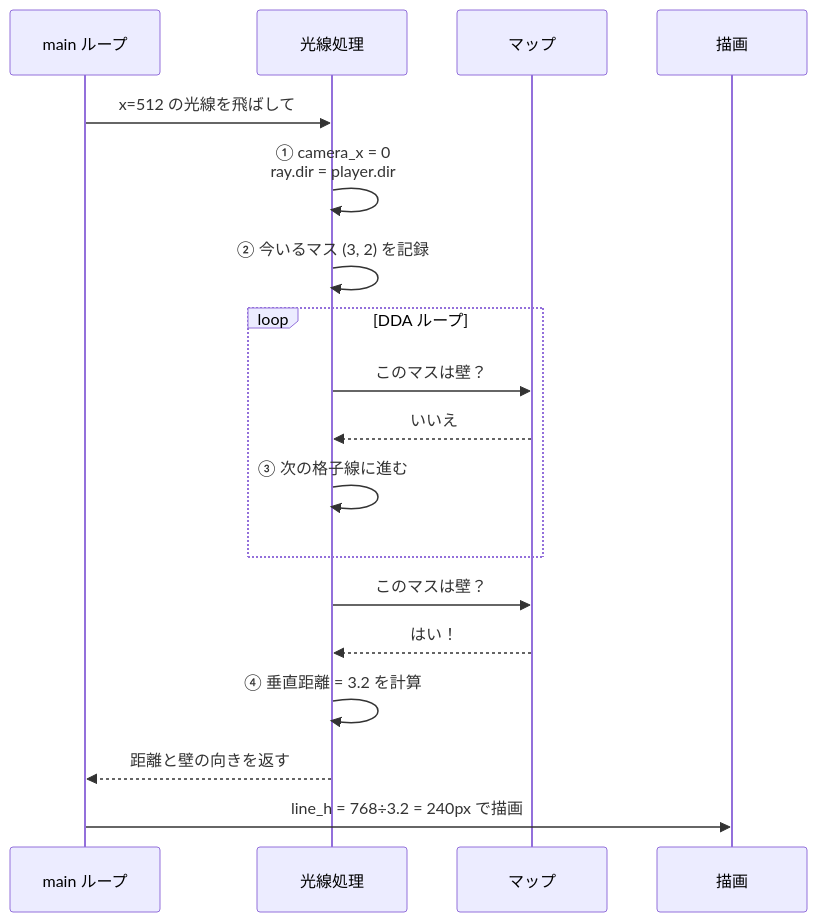
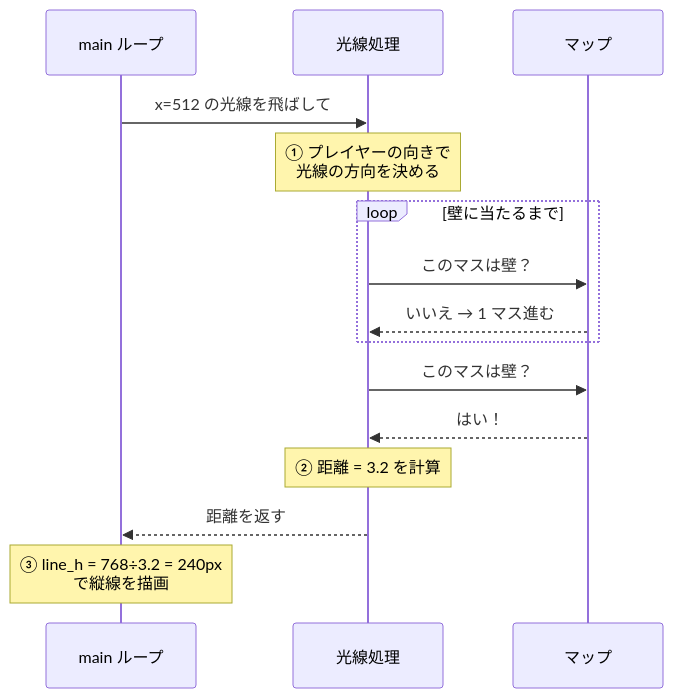
One commit to Tsunanko/cub3d-guide changed the fourth of 4 diagrams in docs/03-raycasting.md. Above: the diagram before and after it, drawn with Mermaid. The commit also changed other lines of this file and 11 other files, not shown here.

Commit message:
Split raycasting into 3 focused pages (03 concept, 04 DDA, 05 camera), renumber 06-09, add MathJax support

````diff
--- a/docs/03-raycasting.md
+++ b/docs/03-raycasting.md
@@ -262,21 +117,18 @@
 ```mermaid
 sequenceDiagram
     participant Main as main ループ
     participant Ray as 光線処理
     participant Map as マップ
-    participant Draw as 描画
 
     Main->>Ray: x=512 の光線を飛ばして
-    Ray->>Ray: ① camera_x = 0<br>ray.dir = player.dir
-    Ray->>Ray: ② 今いるマス (3, 2) を記録
-    loop DDA ループ
+    Note over Ray: ① プレイヤーの向きで<br>光線の方向を決める
+    loop 壁に当たるまで
         Ray->>Map: このマスは壁？
-        Map-->>Ray: いいえ
-        Ray->>Ray: ③ 次の格子線に進む
+        Map-->>Ray: いいえ → 1 マス進む
     end
     Ray->>Map: このマスは壁？
     Map-->>Ray: はい！
-    Ray->>Ray: ④ 垂直距離 = 3.2 を計算
-    Ray-->>Main: 距離と壁の向きを返す
-    Main->>Draw: line_h = 768÷3.2 = 240px で描画
+    Note over Ray: ② 距離 = 3.2 を計算
+    Ray-->>Main: 距離を返す
+    Note over Main: ③ line_h = 768÷3.2 = 240px<br>で縦線を描画
 ```
````
